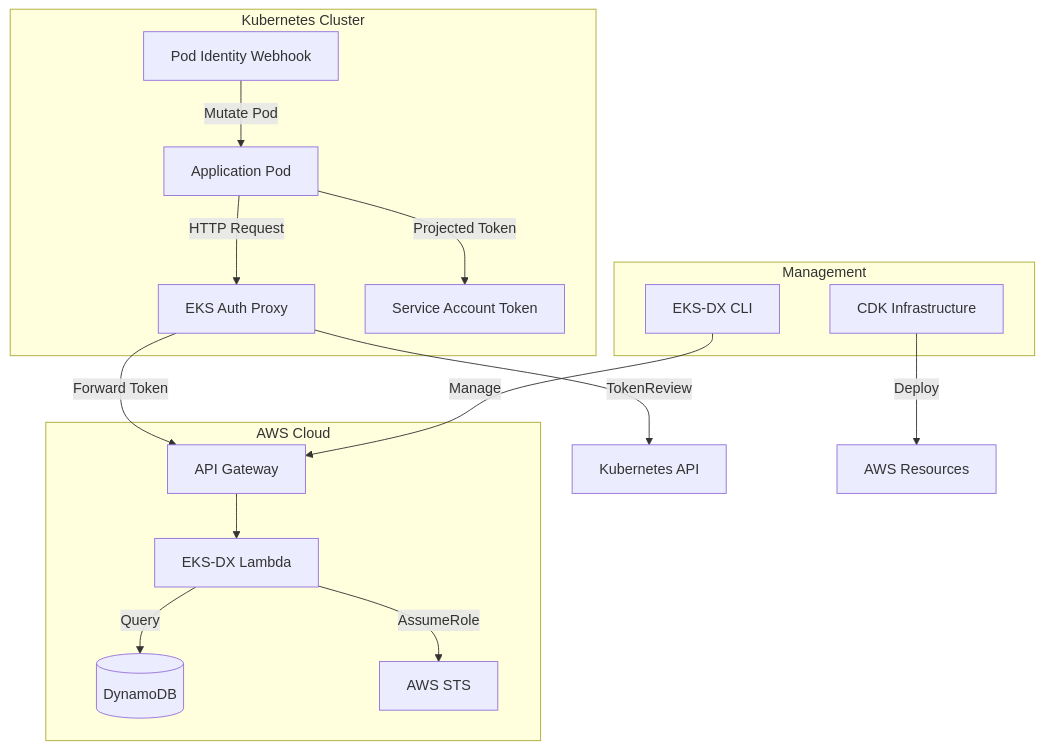
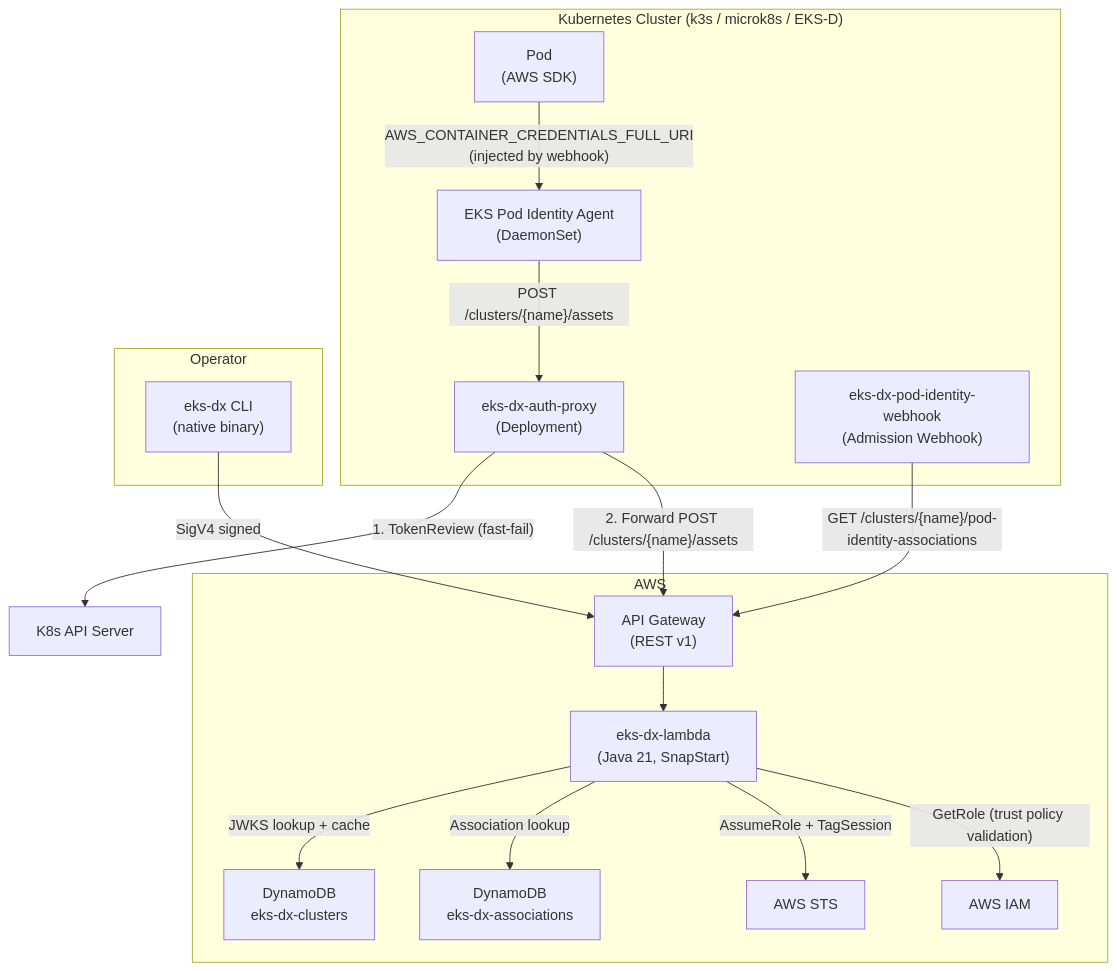
The first of 3 diagrams in .agents/summary/architecture.md (plasticity-of-cloud/eks-d-xpress-control-plane), drawn with Mermaid before and after one commit. The commit also changed other lines of this file and 9 other files, not shown here.

````diff
--- a/.agents/summary/architecture.md
+++ b/.agents/summary/architecture.md
@@ -8,32 +9,34 @@
 ```mermaid
 graph TB
-    subgraph "Kubernetes Cluster"
-        Pod[Application Pod]
-        Webhook[Pod Identity Webhook]
-        Proxy[EKS Auth Proxy]
-        SA[Service Account Token]
+    subgraph "Kubernetes Cluster (k3s / microk8s / EKS-D)"
+        Pod["Pod\n(AWS SDK)"]
+        Agent["EKS Pod Identity Agent\n(DaemonSet)"]
+        Proxy["eks-dx-auth-proxy\n(Deployment)"]
+        Webhook["eks-dx-pod-identity-webhook\n(Admission Webhook)"]
     end
-    
-    subgraph "AWS Cloud"
-        APIGW[API Gateway]
-        Lambda[EKS-DX Lambda]
-        DDB[(DynamoDB)]
-        STS[AWS STS]
+
+    subgraph "AWS"
+        APIGW["API Gateway\n(REST v1)"]
+        Lambda["eks-dx-lambda\n(Java 21, SnapStart)"]
+        DDB_C["DynamoDB\neks-dx-clusters"]
+        DDB_A["DynamoDB\neks-dx-associations"]
+        STS["AWS STS"]
+        IAM["AWS IAM"]
     end
-    
-    subgraph "Management"
-        CLI[EKS-DX CLI]
-        CDK[CDK Infrastructure]
+
+    subgraph "Operator"
+        CLI["eks-dx CLI\n(native binary)"]
     end
-    
-    Pod -->|Projected Token| SA
-    Webhook -->|Mutate Pod| Pod
-    Pod -->|HTTP Request| Proxy
-    Proxy -->|TokenReview| K8sAPI[Kubernetes API]
-    Proxy -->|Forward Token| APIGW
+
+    Pod -->|"AWS_CONTAINER_CREDENTIALS_FULL_URI\n(injected by webhook)"| Agent
+    Agent -->|"POST /clusters/{name}/assets"| Proxy
+    Proxy -->|"1. TokenReview (fast-fail)"| K8sAPI["K8s API Server"]
+    Proxy -->|"2. Forward POST /clusters/{name}/assets"| APIGW
     APIGW --> Lambda
-    Lambda -->|Query| DDB
-    Lambda -->|AssumeRole| STS
-    CLI -->|Manage| APIGW
-    CDK -->|Deploy| AWS[AWS Resources]
+    Lambda -->|"JWKS lookup + cache"| DDB_C
+    Lambda -->|"Association lookup"| DDB_A
+    Lambda -->|"AssumeRole + TagSession"| STS
+    Lambda -->|"GetRole (trust policy validation)"| IAM
+    CLI -->|"SigV4 signed"| APIGW
+    Webhook -->|"GET /clusters/{name}/pod-identity-associations"| APIGW
 ```
````
